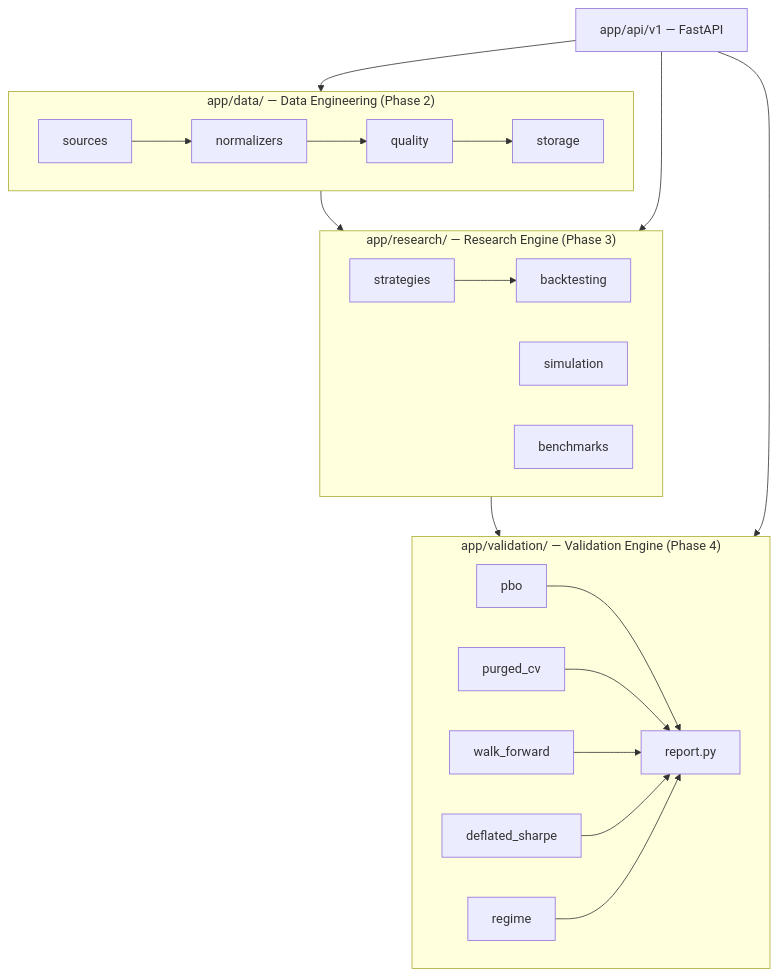
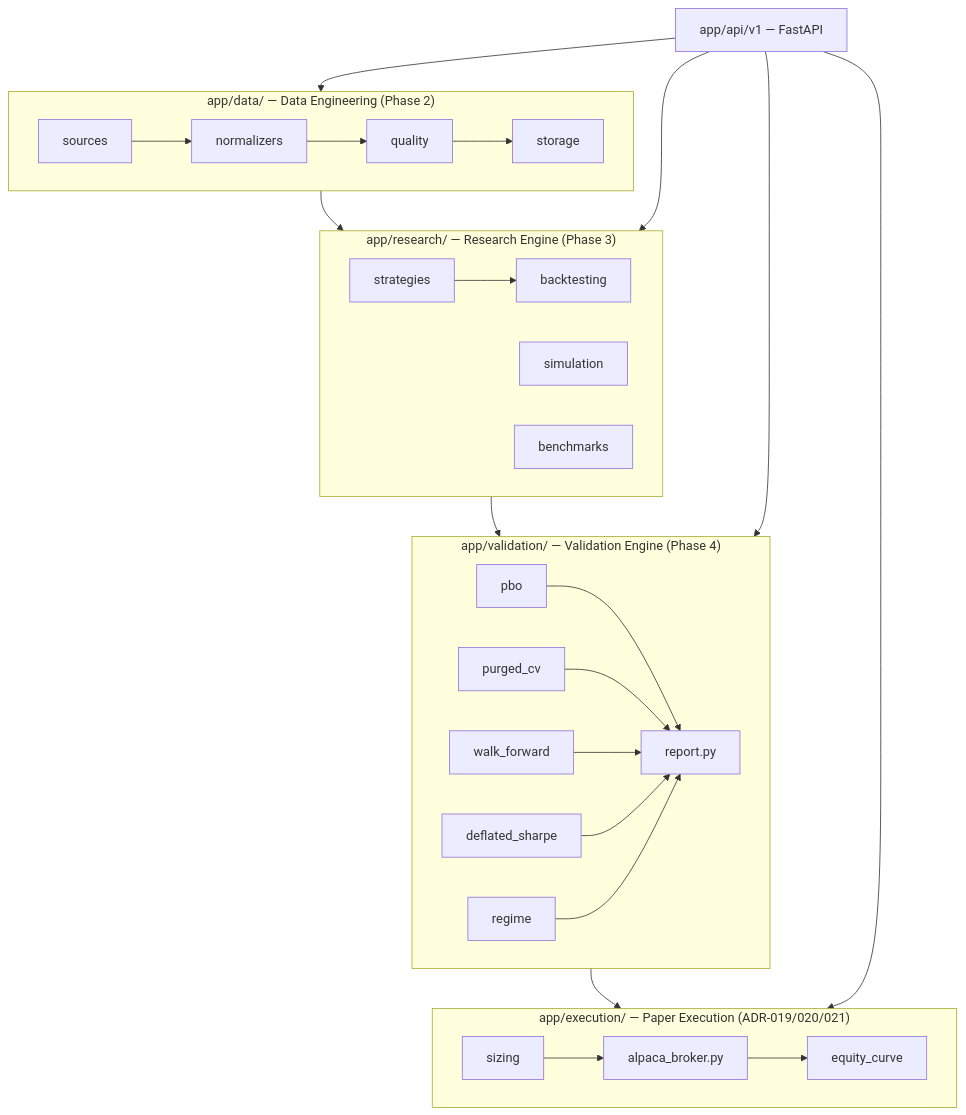
The fourth of 4 diagrams in docs/diagrams/c4-context.md (jj-frasca/quantforge), drawn with Mermaid before and after one commit. The commit also changed other lines of this file and 1 other file, not shown here.

````diff
--- a/docs/diagrams/c4-context.md
+++ b/docs/diagrams/c4-context.md
@@ -66,18 +70,23 @@
 ```mermaid
 flowchart TB
     subgraph data["app/data/ — Data Engineering (Phase 2)"]
         sources --> normalizers --> quality --> storage
     end
     subgraph research["app/research/ — Research Engine (Phase 3)"]
         strategies --> backtesting
         simulation
         benchmarks
     end
     subgraph validation["app/validation/ — Validation Engine (Phase 4)"]
         pbo & purged_cv & walk_forward & deflated_sharpe & regime --> reportmod["report.py"]
     end
+    subgraph execution["app/execution/ — Paper Execution (ADR-019/020/021)"]
+        sizing --> alpaca_broker["alpaca_broker.py"] --> equity_curve
+    end
     data --> research --> validation
+    validation --> execution
     api["app/api/v1 — FastAPI"] --> research
     api --> data
     api --> validation
+    api --> execution
 ```
````
